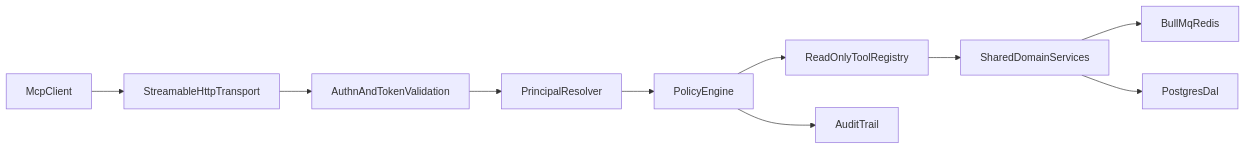
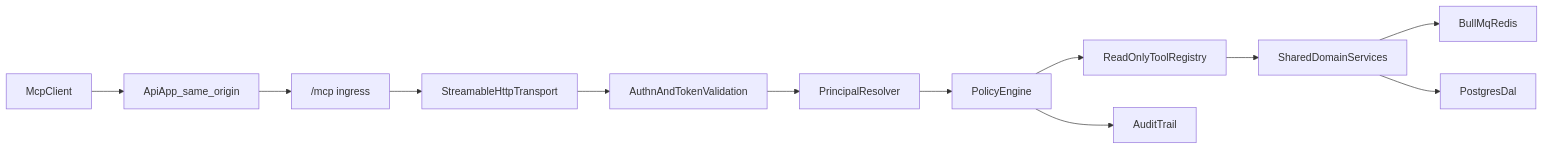
The diagram in tasks/mcp-implementation-master-plan.md (Pspsps12/durabull), drawn with Mermaid before and after one commit. The commit also changed other lines of this file and 1 other file, not shown here.

````diff
--- a/tasks/mcp-implementation-master-plan.md
+++ b/tasks/mcp-implementation-master-plan.md
@@ -146,12 +185,14 @@
 ```mermaid
 flowchart LR
-  mcpClient[McpClient] --> mcpHttp[StreamableHttpTransport]
+  mcpClient[McpClient] --> apiIngress[ApiApp_same_origin]
+  apiIngress --> mcpRoute["/mcp ingress"]
+  mcpRoute --> mcpHttp[StreamableHttpTransport]
   mcpHttp --> authLayer[AuthnAndTokenValidation]
   authLayer --> principalResolver[PrincipalResolver]
   principalResolver --> policyEngine[PolicyEngine]
   policyEngine --> toolRegistry[ReadOnlyToolRegistry]
   toolRegistry --> domainServices[SharedDomainServices]
   domainServices --> redisBullmq[BullMqRedis]
   domainServices --> pgDal[PostgresDal]
   policyEngine --> auditTrail[AuditTrail]
 ```
````
